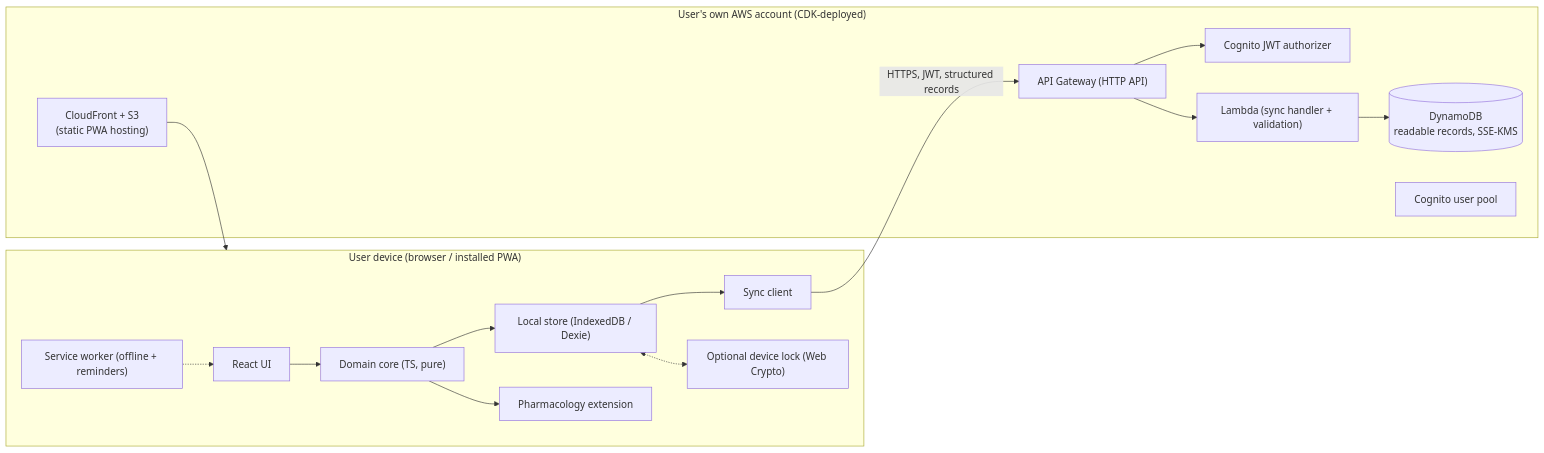
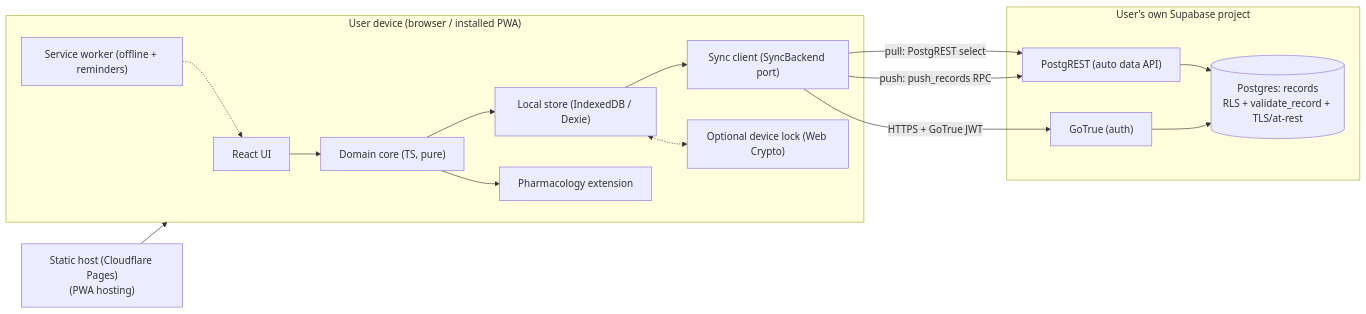
Before and after one commit to ankoor7/med-tracker: the diagram in specs/02-architecture.md, drawn with Mermaid. The commit also changed other lines of this file and 53 other files, not shown here.

````diff
--- a/specs/02-architecture.md
+++ b/specs/02-architecture.md
@@ -34,24 +45,22 @@
 ```mermaid
 flowchart LR
   subgraph Device["User device (browser / installed PWA)"]
     UI["React UI"] --> Core["Domain core (TS, pure)"]
     Core --> Store["Local store (IndexedDB / Dexie)"]
     Core --> Ext["Pharmacology extension"]
-    Store --> SyncC["Sync client"]
+    Store --> SyncC["Sync client (SyncBackend port)"]
     Store <-.-> Lock["Optional device lock (Web Crypto)"]
     SW["Service worker (offline + reminders)"] -.-> UI
   end
-  SyncC -- "HTTPS, JWT, structured records" --> API["API Gateway (HTTP API)"]
-  API --> Authz["Cognito JWT authorizer"]
-  API --> Lambda["Lambda (sync handler + validation)"]
-  Lambda --> DDB[("DynamoDB\nreadable records, SSE-KMS")]
-  CF["CloudFront + S3\n(static PWA hosting)"] --> Device
-  subgraph AWS["User's own AWS account (CDK-deployed)"]
-    API
-    Authz
-    Lambda
-    DDB
-    CF
-    Cognito["Cognito user pool"]
+  SyncC -- "pull: PostgREST select" --> REST["PostgREST (auto data API)"]
+  SyncC -- "push: push_records RPC" --> REST
+  SyncC -- "HTTPS + GoTrue JWT" --> Auth["GoTrue (auth)"]
+  REST --> PG[("Postgres: records\nRLS + validate_record + TLS/at-rest")]
+  Auth --> PG
+  Host["Static host (Cloudflare Pages)\n(PWA hosting)"] --> Device
+  subgraph Supabase["User's own Supabase project"]
+    Auth
+    REST
+    PG
   end
 ```
````
